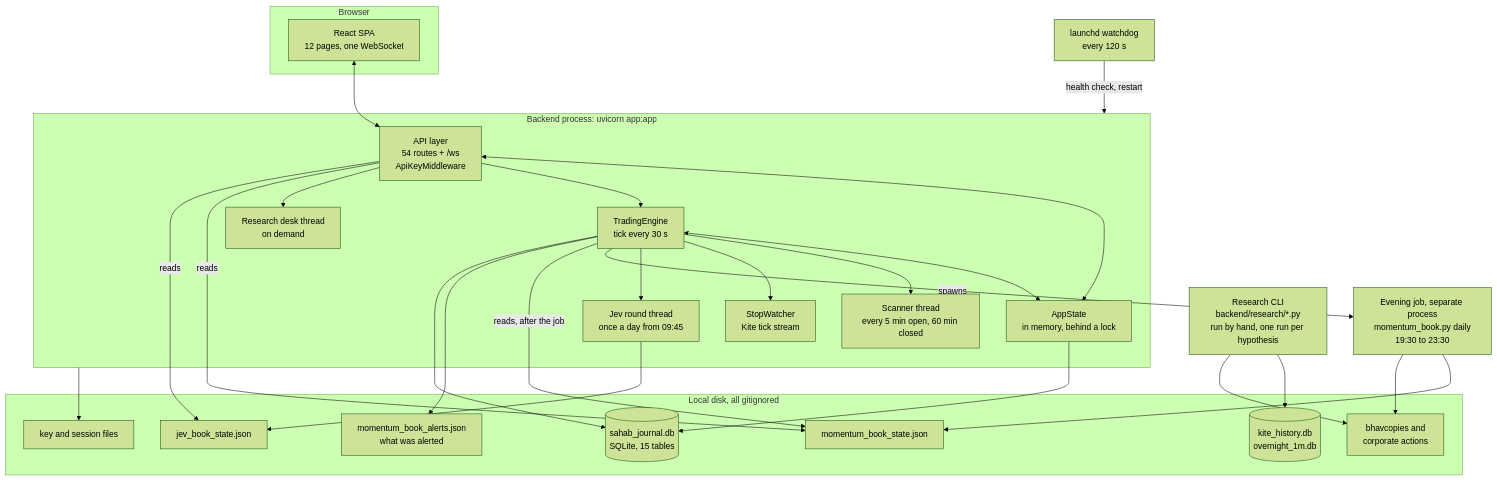
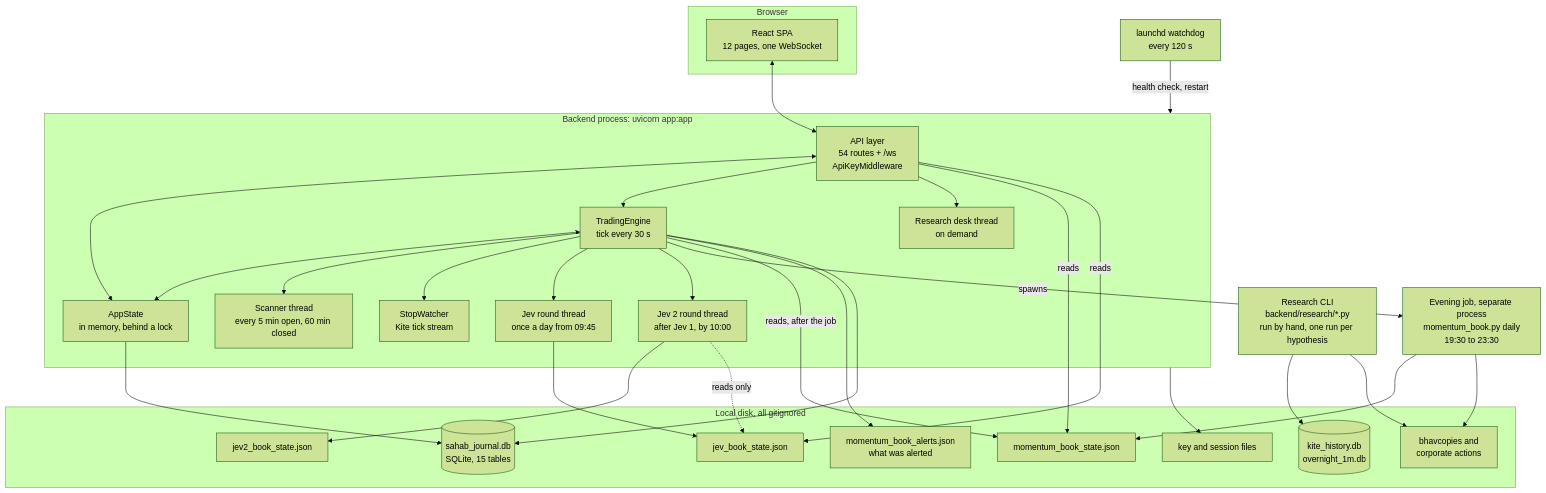
The second of 8 diagrams in docs/architecture/HLD.md (harshece16/intraday-trading-agent), drawn with Mermaid (forest theme) before and after one commit. The commit also changed other lines of this file and 24 other files, not shown here.

````diff
--- a/docs/architecture/HLD.md
+++ b/docs/architecture/HLD.md
@@ -94,54 +94,59 @@
 ```mermaid
 flowchart TB
     subgraph Browser["Browser"]
         SPA["React SPA<br/>12 pages, one WebSocket"]
     end
 
     subgraph Proc["Backend process: uvicorn app:app"]
         API["API layer<br/>54 routes + /ws<br/>ApiKeyMiddleware"]
         State["AppState<br/>in memory, behind a lock"]
         Engine["TradingEngine<br/>tick every 30 s"]
         ScanT["Scanner thread<br/>every 5 min open, 60 min closed"]
         StopT["StopWatcher<br/>Kite tick stream"]
         JevT["Jev round thread<br/>once a day from 09:45"]
+        Jev2T["Jev 2 round thread<br/>after Jev 1, by 10:00"]
         DeskT["Research desk thread<br/>on demand"]
     end
 
     Child["Evening job, separate process<br/>momentum_book.py daily<br/>19:30 to 23:30"]
 
     subgraph Disk["Local disk, all gitignored"]
         DB[("sahab_journal.db<br/>SQLite, 15 tables")]
         MB["momentum_book_state.json"]
         MA["momentum_book_alerts.json<br/>what was alerted"]
         JB["jev_book_state.json"]
+        J2["jev2_book_state.json"]
         Bhav["bhavcopies and<br/>corporate actions"]
         Hist[("kite_history.db<br/>overnight_1m.db")]
         Keys["key and session files"]
     end
 
     Research["Research CLI<br/>backend/research/*.py<br/>run by hand, one run per hypothesis"]
     Dog["launchd watchdog<br/>every 120 s"]
 
     SPA <--> API
     API <--> State
     API --> Engine
     Engine <--> State
     Engine --> ScanT
     Engine --> StopT
     Engine --> JevT
+    Engine --> Jev2T
     API --> DeskT
     Engine -->|"spawns"| Child
     Engine -->|"reads, after the job"| MB
     Engine --> MA
     Engine --> DB
     State --> DB
     JevT --> JB
+    Jev2T --> J2
+    Jev2T -.->|"reads only"| JB
     Child --> MB
     Child --> Bhav
     API -->|"reads"| MB
     API -->|"reads"| JB
     Research --> Hist
     Research --> Bhav
     Dog -->|"health check, restart"| Proc
     Proc --> Keys
 ```
````
